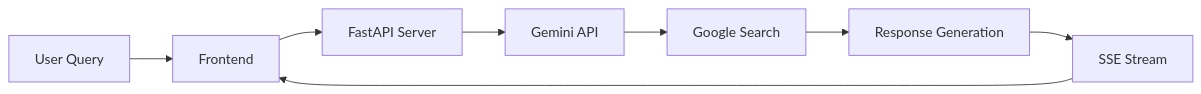
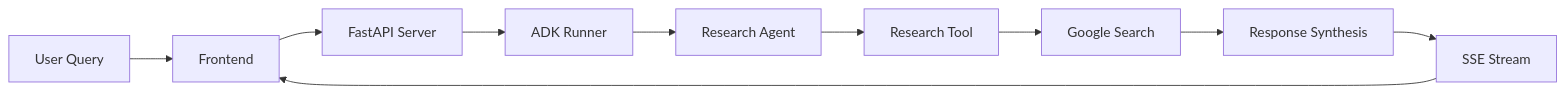
The diagram in README.md (dino-research/a2a-client), drawn with Mermaid before and after one commit. The commit also changed other lines of this file and 8 other files, not shown here.

Commit message:
fix issue adk agent

````diff
--- a/README.md
+++ b/README.md
@@ -143,10 +160,12 @@
 ```mermaid
 graph LR
     A[User Query] --> B[Frontend]
     B --> C[FastAPI Server]
-    C --> D[Gemini API]
-    D --> E[Google Search]
-    E --> F[Response Generation]
-    F --> G[SSE Stream]
-    G --> B
+    C --> D[ADK Runner]
+    D --> E[Research Agent]
+    E --> F[Research Tool]
+    F --> G[Google Search]
+    G --> H[Response Synthesis]
+    H --> I[SSE Stream]
+    I --> B
 ```
````
